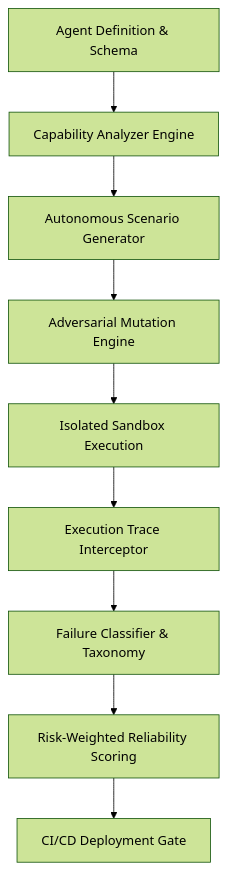
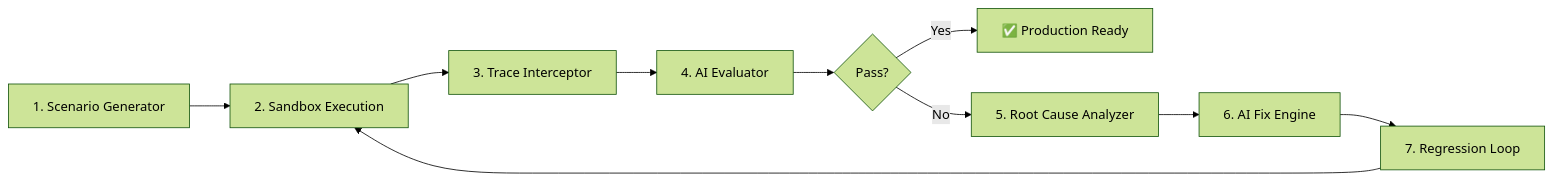
The diagram in README.md (Manishsah098/AgentGuard-AI), drawn with Mermaid (forest theme) before and after one commit. The commit also changed other lines of this file and 3 other files, not shown here.

Commit message:
docs: add comprehensive README with screenshots, architecture, feature breakdown, and quick start guide

````diff
--- a/README.md
+++ b/README.md
@@ -22,11 +34,12 @@
 ```mermaid
-graph TD
-    A[Agent Definition & Schema] --> B[Capability Analyzer Engine]
-    B --> C[Autonomous Scenario Generator]
-    C --> D[Adversarial Mutation Engine]
-    D --> E[Isolated Sandbox Execution]
-    E --> F[Execution Trace Interceptor]
-    F --> G[Failure Classifier & Taxonomy]
-    G --> H[Risk-Weighted Reliability Scoring]
-    H --> I[CI/CD Deployment Gate]
+graph LR
+    A[1. Scenario Generator] --> B[2. Sandbox Execution]
+    B --> C[3. Trace Interceptor]
+    C --> D[4. AI Evaluator]
+    D --> E{Pass?}
+    E -- Yes --> F[✅ Production Ready]
+    E -- No --> G[5. Root Cause Analyzer]
+    G --> H[6. AI Fix Engine]
+    H --> I[7. Regression Loop]
+    I --> B
 ```
````
